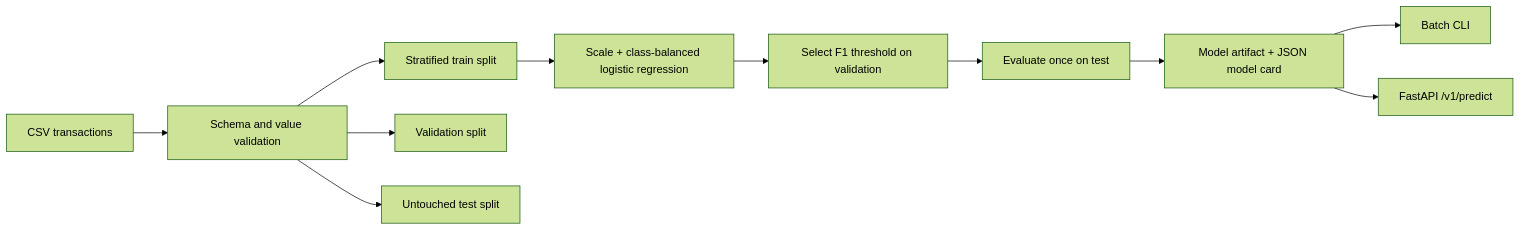
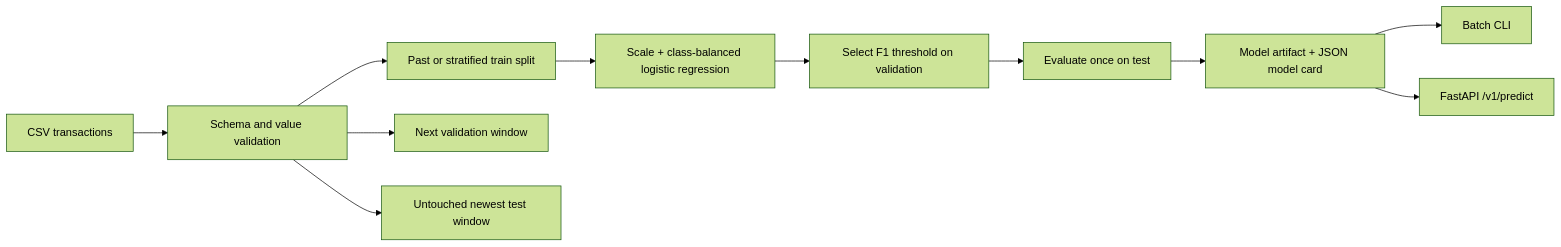
The diagram in README.md (Mohamed-ahmed-shokry/Credit-Card-Fraud-Detection), drawn with Mermaid (forest theme) before and after one commit. The commit also changed other lines of this file and 1 other file, not shown here.

````diff
--- a/README.md
+++ b/README.md
@@ -35,13 +36,13 @@
 ```mermaid
 flowchart LR
     A[CSV transactions] --> B[Schema and value validation]
-    B --> C[Stratified train split]
-    B --> D[Validation split]
-    B --> E[Untouched test split]
+    B --> C[Past or stratified train split]
+    B --> D[Next validation window]
+    B --> E[Untouched newest test window]
     C --> F[Scale + class-balanced logistic regression]
     F --> G[Select F1 threshold on validation]
     G --> H[Evaluate once on test]
     H --> I[Model artifact + JSON model card]
     I --> J[Batch CLI]
     I --> K[FastAPI /v1/predict]
 ```
````
